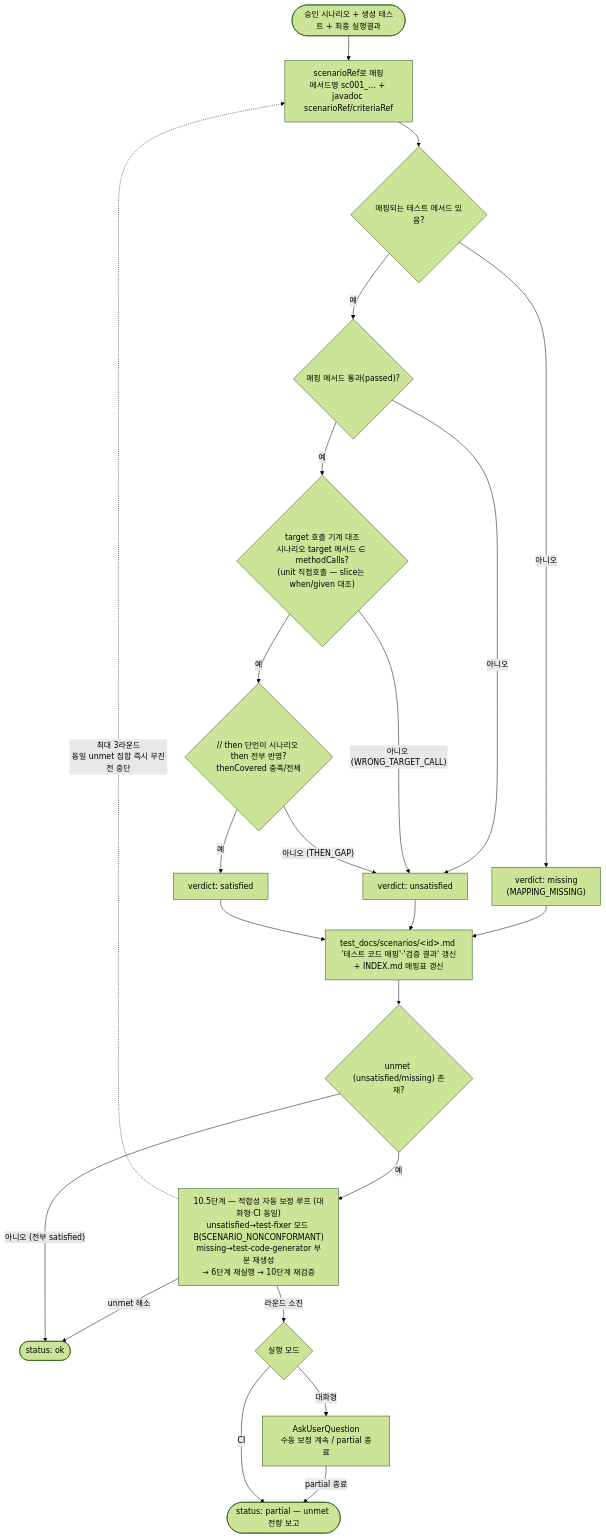
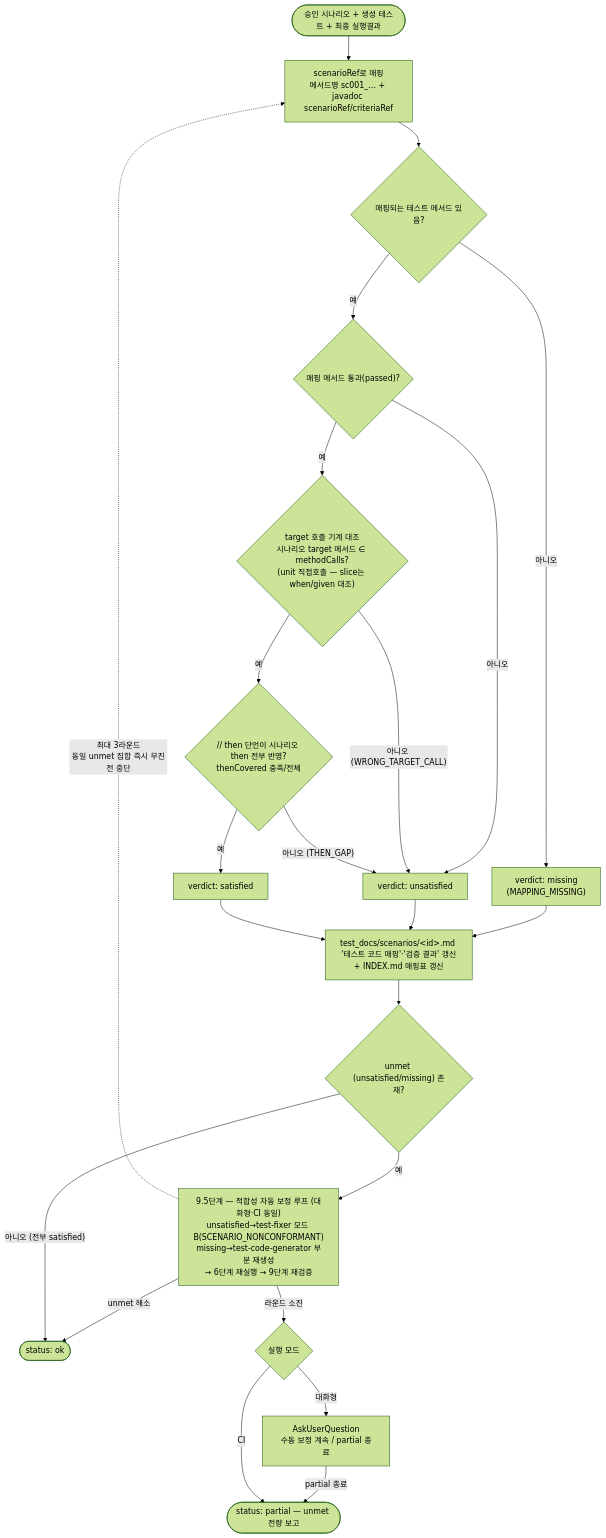
One commit to 1223v/test-autoevermation-harness changed the sixth of 8 diagrams in test-autoevermation-harness-plugin/docs/pipeline-flow.md. Above: the diagram before and after it, drawn with Mermaid (forest theme). The commit also changed other lines of this file and 45 other files, not shown here.

````diff
--- a/test-autoevermation-harness-plugin/docs/pipeline-flow.md
+++ b/test-autoevermation-harness-plugin/docs/pipeline-flow.md
@@ -196,26 +190,26 @@
 ```mermaid
 flowchart TD
     In(["승인 시나리오 + 생성 테스트 + 최종 실행결과"]) --> Map["scenarioRef로 매핑<br/>메서드명 sc001_… + javadoc scenarioRef/criteriaRef"]
     Map --> M1{"매핑되는 테스트 메서드 있음?"}
     M1 -- "아니오" --> Missing["verdict: missing<br/>(MAPPING_MISSING)"]
     M1 -- "예" --> M2{"매핑 메서드 통과(passed)?"}
     M2 -- "아니오" --> Unsat["verdict: unsatisfied"]
     M2 -- "예" --> M25{"target 호출 기계 대조<br/>시나리오 target 메서드 ∈ methodCalls?<br/>(unit 직접호출 — slice는 when/given 대조)"}
     M25 -- "아니오 (WRONG_TARGET_CALL)" --> Unsat
     M25 -- "예" --> M3{"// then 단언이 시나리오 then 전부 반영?<br/>thenCovered 충족/전체"}
     M3 -- "아니오 (THEN_GAP)" --> Unsat
     M3 -- "예" --> Sat["verdict: satisfied"]
 
     Missing --> Doc
     Unsat --> Doc
     Sat --> Doc["test_docs/scenarios/&lt;id&gt;.md '테스트 코드 매핑'·'검증 결과' 갱신<br/>+ INDEX.md 매핑표 갱신"]
     Doc --> Gate{"unmet (unsatisfied/missing) 존재?"}
-    Gate -- "예" --> Loop["10.5단계 — 적합성 자동 보정 루프 (대화형·CI 동일)<br/>unsatisfied→test-fixer 모드 B(SCENARIO_NONCONFORMANT)<br/>missing→test-code-generator 부분 재생성<br/>→ 6단계 재실행 → 10단계 재검증"]
+    Gate -- "예" --> Loop["9.5단계 — 적합성 자동 보정 루프 (대화형·CI 동일)<br/>unsatisfied→test-fixer 모드 B(SCENARIO_NONCONFORMANT)<br/>missing→test-code-generator 부분 재생성<br/>→ 6단계 재실행 → 9단계 재검증"]
     Loop -. "최대 3라운드<br/>동일 unmet 집합 즉시 무진전 중단" .-> Map
     Loop -- "unmet 해소" --> Ok
     Loop -- "라운드 소진" --> P{"실행 모드"}
     P -- "대화형" --> Ask["AskUserQuestion<br/>수동 보정 계속 / partial 종료"]
     Ask -- "partial 종료" --> Partial(["status: partial — unmet 전량 보고"])
     P -- "CI" --> Partial
     Gate -- "아니오 (전부 satisfied)" --> Ok(["status: ok"])
 ```
````
